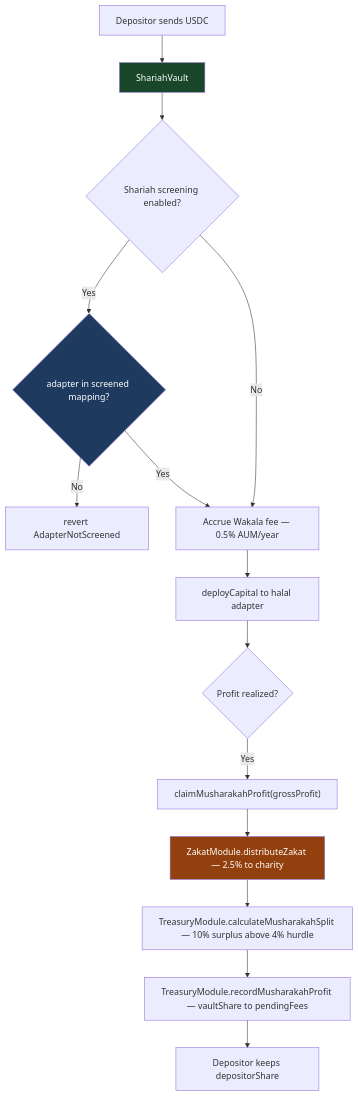
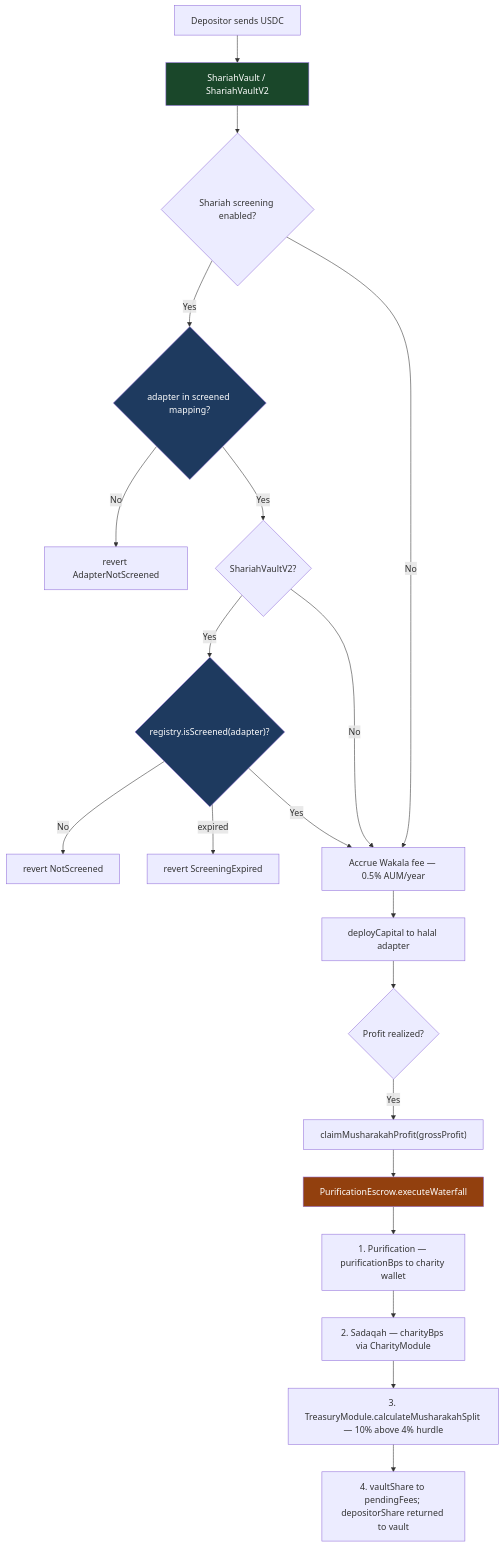
One commit to 0xhaz/DefiVault-Finance changed the eighth of 10 diagrams in README.md. Above: the diagram before and after it, drawn with Mermaid. The commit also changed other lines of this file and 172 other files, not shown here.

````diff
--- a/README.md
+++ b/README.md
@@ -468,23 +549,30 @@
 ```mermaid
 flowchart TD
-    D[Depositor sends USDC] --> SV[ShariahVault]
+    D[Depositor sends USDC] --> SV[ShariahVault / ShariahVaultV2]
 
     SV --> SC{Shariah screening enabled?}
     SC -- Yes --> CH{adapter in screened mapping?}
     CH -- No --> REV[revert AdapterNotScreened]
-    CH -- Yes --> WF["Accrue Wakala fee — 0.5% AUM/year"]
-    SC -- No --> WF
+    CH -- Yes --> V2{ShariahVaultV2?}
+    V2 -- Yes --> RG{"registry.isScreened(adapter)?"}
+    RG -- No --> RNS[revert NotScreened]
+    RG -- expired --> RSE[revert ScreeningExpired]
+    RG -- Yes --> WF
+    V2 -- No --> WF
+    SC -- No --> WF["Accrue Wakala fee — 0.5% AUM/year"]
 
     WF --> DC[deployCapital to halal adapter]
 
     DC --> PROFIT{Profit realized?}
-    PROFIT -- Yes --> ZK["claimMusharakahProfit(grossProfit)"]
-    ZK --> ZD["ZakatModule.distributeZakat — 2.5% to charity"]
-    ZD --> MS["TreasuryModule.calculateMusharakahSplit — 10% surplus above 4% hurdle"]
-    MS --> RP["TreasuryModule.recordMusharakahProfit — vaultShare to pendingFees"]
-    RP --> DEP[Depositor keeps depositorShare]
+    PROFIT -- Yes --> CMC["claimMusharakahProfit(grossProfit)"]
+    CMC --> PE["PurificationEscrow.executeWaterfall"]
+    PE --> PUR["1. Purification — purificationBps to charity wallet"]
+    PUR --> SAD["2. Sadaqah — charityBps via CharityModule"]
+    SAD --> MS["3. TreasuryModule.calculateMusharakahSplit — 10% above 4% hurdle"]
+    MS --> RP["4. vaultShare to pendingFees; depositorShare returned to vault"]
 
     style SV fill:#1a472a,color:#fff
-    style ZD fill:#92400e,color:#fff
+    style PE fill:#92400e,color:#fff
     style CH fill:#1e3a5f,color:#fff
+    style RG fill:#1e3a5f,color:#fff
 ```
````
